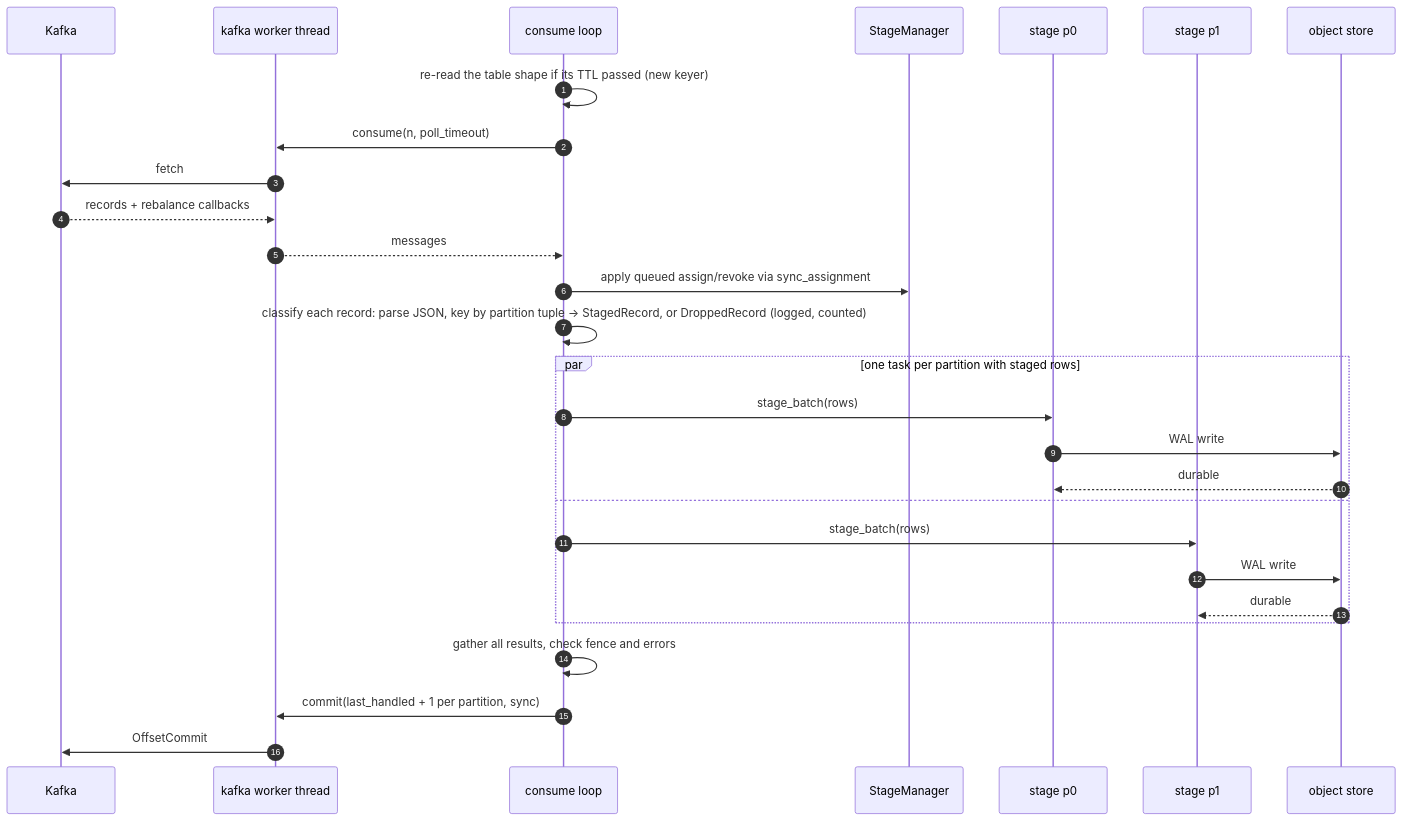
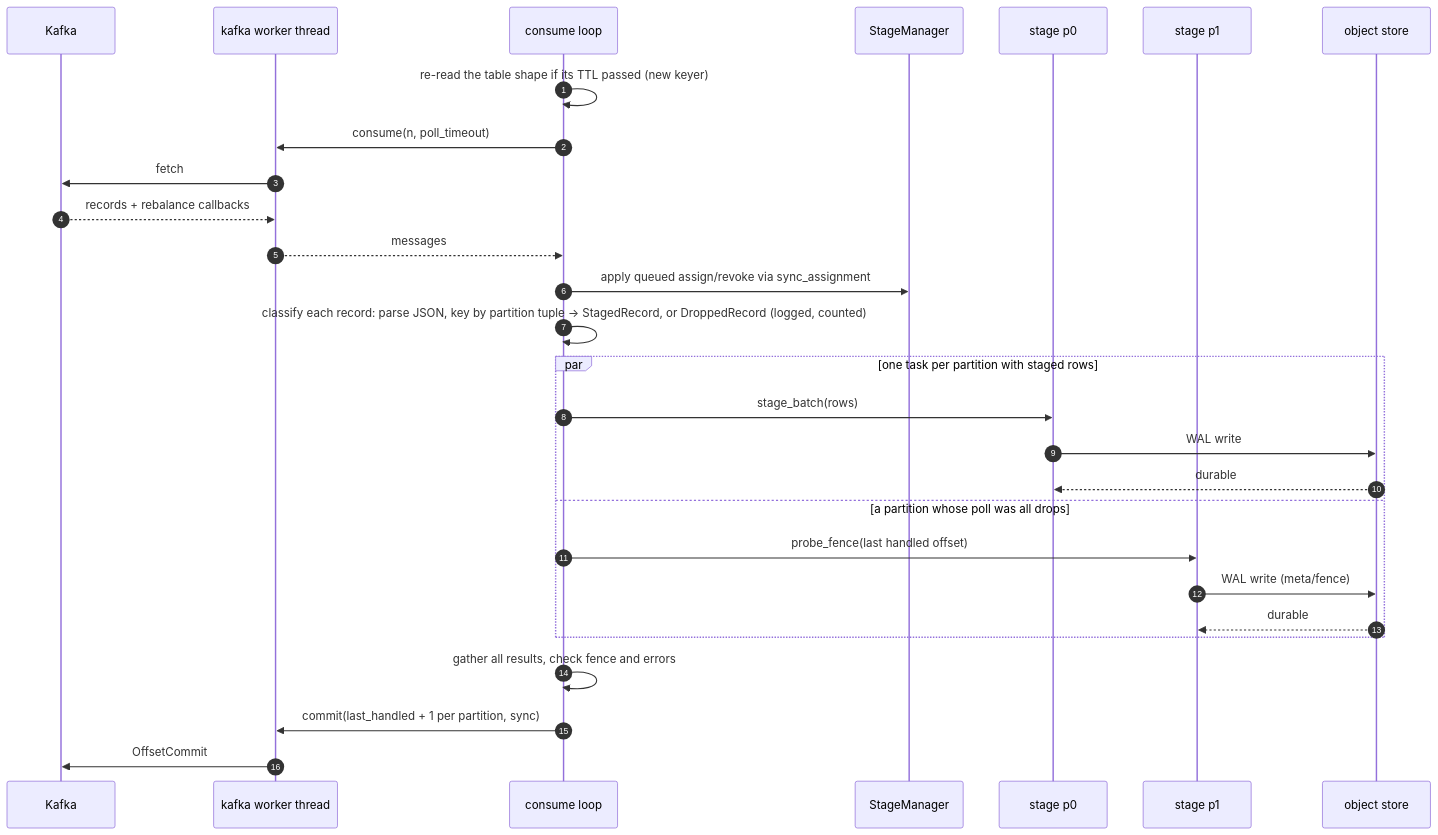
One commit to PostHog/hoglake changed the second of 4 diagrams in millrace/architecture.md. Above: the diagram before and after it, drawn with Mermaid. The commit also changed other lines of this file and 24 other files, not shown here.

````diff
--- a/millrace/architecture.md
+++ b/millrace/architecture.md
@@ -269,30 +290,30 @@
 ```mermaid
 sequenceDiagram
   autonumber
   participant K as Kafka
   participant W as kafka worker thread
   participant C as consume loop
   participant SM as StageManager
   participant P0 as stage p0
   participant P1 as stage p1
   participant OS as object store
   C->>C: re-read the table shape if its TTL passed (new keyer)
   C->>W: consume(n, poll_timeout)
   W->>K: fetch
   K-->>W: records + rebalance callbacks
   W-->>C: messages
   C->>SM: apply queued assign/revoke via sync_assignment
   C->>C: classify each record: parse JSON, key by partition tuple → StagedRecord, or DroppedRecord (logged, counted)
   par one task per partition with staged rows
     C->>P0: stage_batch(rows)
     P0->>OS: WAL write
     OS-->>P0: durable
-  and
-    C->>P1: stage_batch(rows)
-    P1->>OS: WAL write
+  and a partition whose poll was all drops
+    C->>P1: probe_fence(last handled offset)
+    P1->>OS: WAL write (meta/fence)
     OS-->>P1: durable
   end
   C->>C: gather all results, check fence and errors
   C->>W: commit(last_handled + 1 per partition, sync)
   W->>K: OffsetCommit
 ```
````
